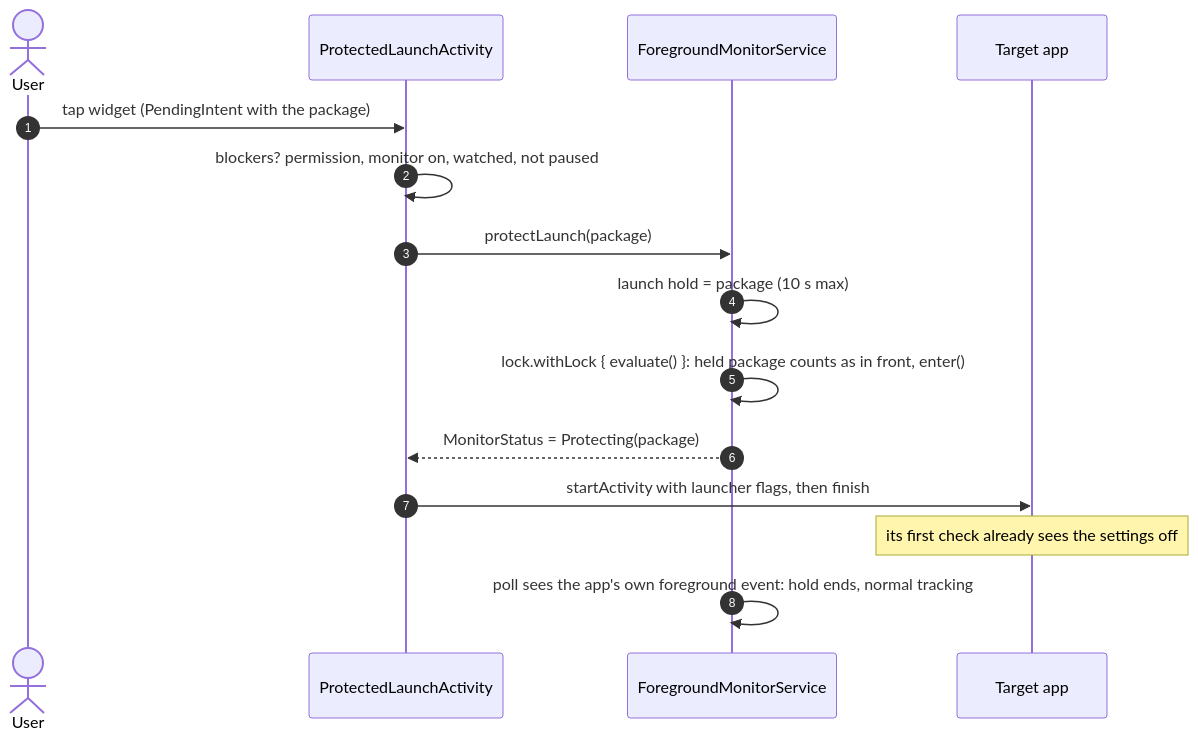
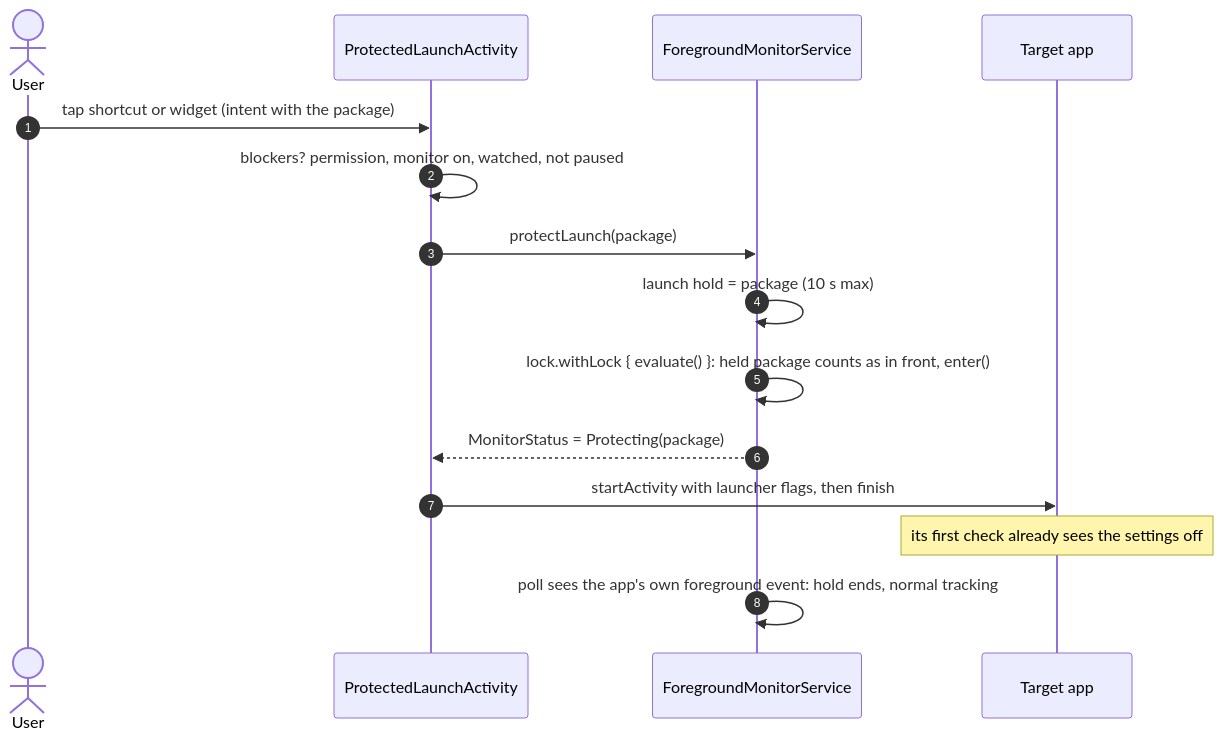
One commit to abdulsamad/warden changed the fifth of 7 diagrams in docs/ARCHITECTURE.md. Above: the diagram before and after it, drawn with Mermaid. The commit also changed other lines of this file and 10 other files, not shown here.

First line of the commit message:
Add home screen shortcut instead of widget, so it fits in a folder

````diff
--- a/docs/ARCHITECTURE.md
+++ b/docs/ARCHITECTURE.md
@@ -254,18 +260,18 @@
 ```mermaid
 sequenceDiagram
     autonumber
     actor U as User
     participant P as ProtectedLaunchActivity
     participant S as ForegroundMonitorService
     participant A as Target app
 
-    U->>P: tap widget (PendingIntent with the package)
+    U->>P: tap shortcut or widget (intent with the package)
     P->>P: blockers? permission, monitor on, watched, not paused
     P->>S: protectLaunch(package)
     S->>S: launch hold = package (10 s max)
     S->>S: lock.withLock { evaluate() }: held package counts as in front, enter()
     S-->>P: MonitorStatus = Protecting(package)
     P->>A: startActivity with launcher flags, then finish
     Note over A: its first check already sees the settings off
     S->>S: poll sees the app's own foreground event: hold ends, normal tracking
 ```
````
